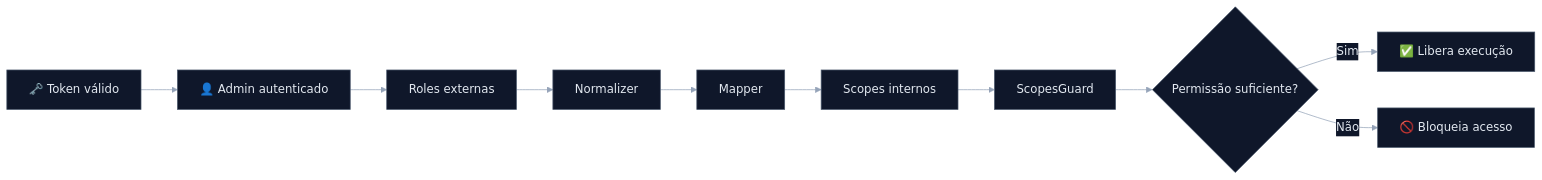
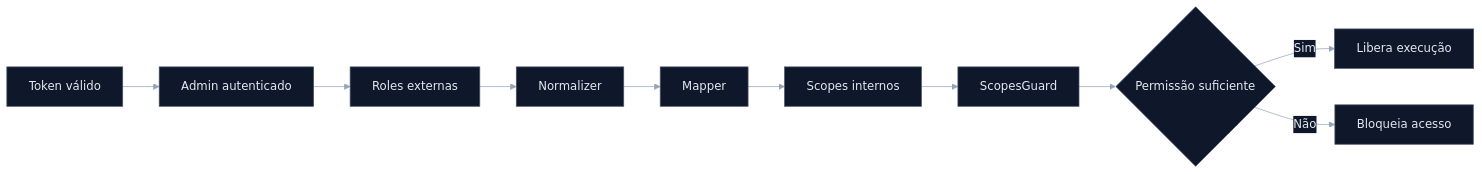
Before and after one commit to matheusdiamantino-betalent/IA: the fifth of 8 diagrams in RFC-0001-Auth.md, drawn with Mermaid. The commit also changed other lines of this file, not shown here.

````diff
--- a/RFC-0001-Auth.md
+++ b/RFC-0001-Auth.md
@@ -388,15 +380,15 @@
 ```mermaid
 %%{init: {'theme':'base','themeVariables': {
   'primaryColor':'#0f172a','primaryTextColor':'#e2e8f0','primaryBorderColor':'#475569','lineColor':'#94a3b8','secondaryColor':'#111827','tertiaryColor':'#1e293b','background':'#020617','mainBkg':'#0f172a','secondBkg':'#111827','tertiaryBkg':'#1e293b','clusterBkg':'#0b1220','clusterBorder':'#334155','edgeLabelBackground':'#0f172a','fontFamily':'Inter, Segoe UI, Arial'
 }}}%%
 flowchart LR
-    A[🗝️ Token válido] --> B[👤 Admin autenticado]
+    A[Token válido] --> B[Admin autenticado]
     B --> C[Roles externas]
     C --> D[Normalizer]
     D --> E[Mapper]
     E --> F[Scopes internos]
     F --> G[ScopesGuard]
-    G --> H{Permissão suficiente?}
-    H -- Sim --> I[✅ Libera execução]
-    H -- Não --> J[🚫 Bloqueia acesso]
+    G --> H{Permissão suficiente}
+    H -- Sim --> I[Libera execução]
+    H -- Não --> J[Bloqueia acesso]
 ```
````
